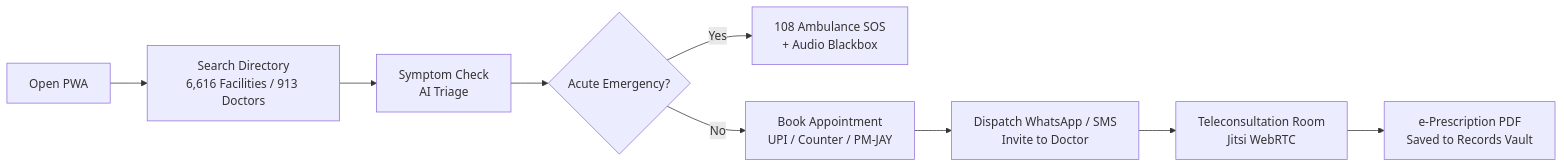
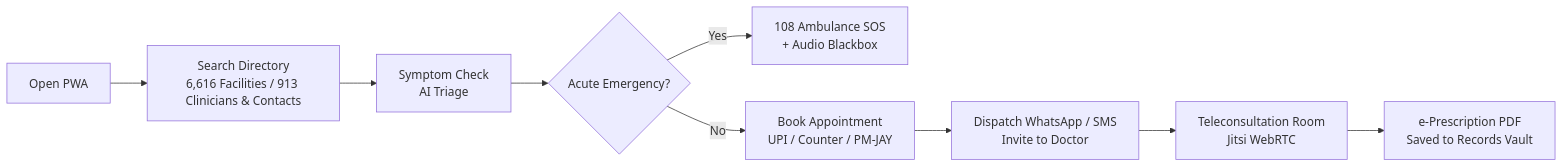
One commit to Arnavshukla09/RURAL-HEALTHCARE-PLATFORM changed the fifth of 9 diagrams in README.md. Above: the diagram before and after it, drawn with Mermaid. The commit also changed other lines of this file and 2 other files, not shown here.

````diff
--- a/README.md
+++ b/README.md
@@ -435,11 +436,11 @@
 ```mermaid
 flowchart LR
-    A["Open PWA"] --> B["Search Directory\n6,616 Facilities / 913 Doctors"]
+    A["Open PWA"] --> B["Search Directory\n6,616 Facilities / 913 Clinicians & Contacts"]
     B --> C["Symptom Check\nAI Triage"]
     C --> D{Acute Emergency?}
     D -- Yes --> E["108 Ambulance SOS\n+ Audio Blackbox"]
     D -- No --> F["Book Appointment\nUPI / Counter / PM-JAY"]
     F --> G["Dispatch WhatsApp / SMS\nInvite to Doctor"]
     G --> H["Teleconsultation Room\nJitsi WebRTC"]
     H --> I["e-Prescription PDF\nSaved to Records Vault"]
 ```
````
